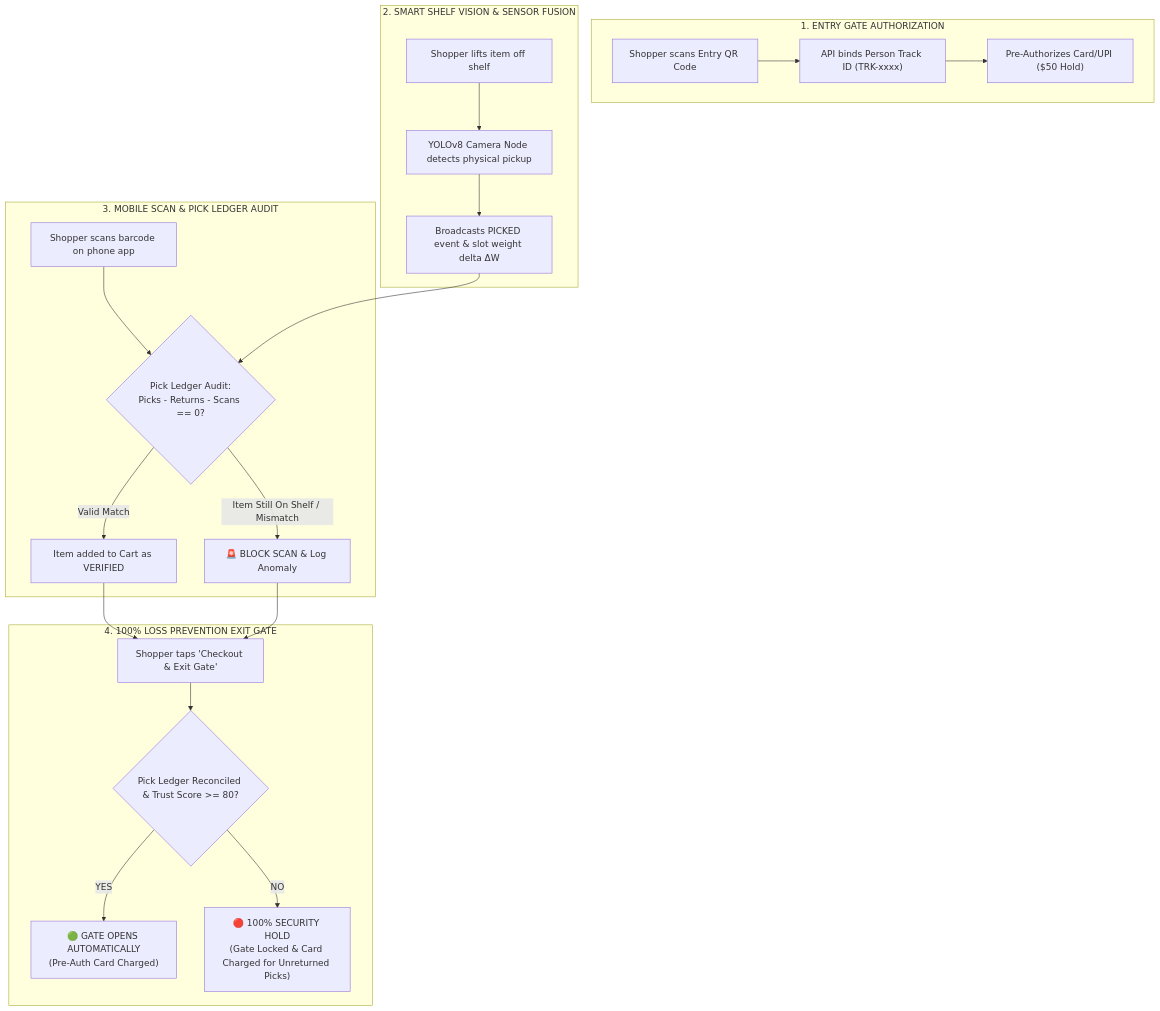
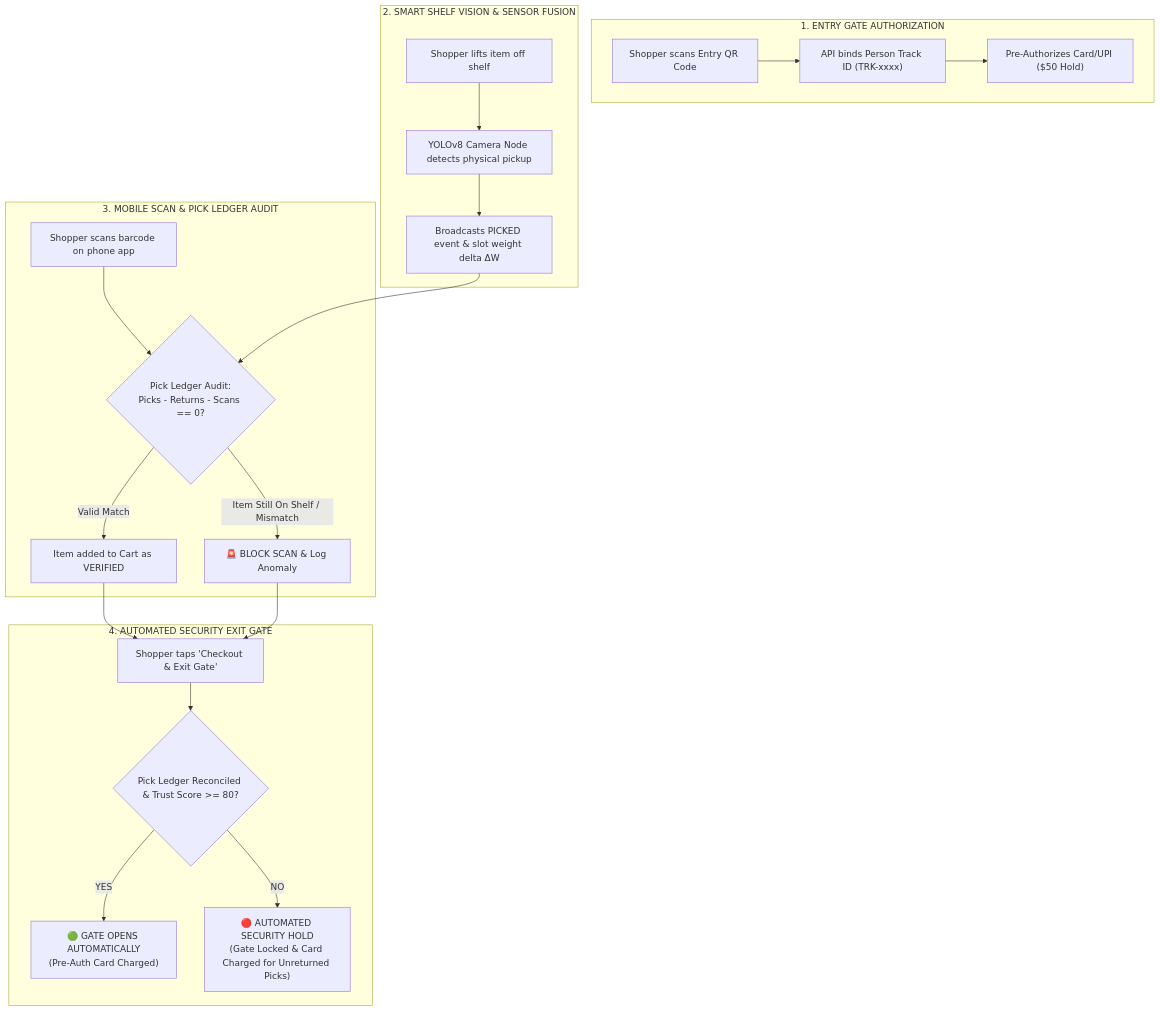
Before and after one commit to Tanishq08-11/Smart-Scan-and-Go-: the diagram in README.md, drawn with Mermaid. The commit also changed other lines of this file and 2 other files, not shown here.

Commit message:
Refactor loss prevention terminology to realistic autonomous security statements

````diff
--- a/README.md
+++ b/README.md
@@ -25,27 +25,27 @@
 ```mermaid
 flowchart TD
     subgraph STAGE1["1. ENTRY GATE AUTHORIZATION"]
         A["Shopper scans Entry QR Code"] --> B["API binds Person Track ID (TRK-xxxx)"]
         B --> C["Pre-Authorizes Card/UPI ($50 Hold)"]
     end
 
     subgraph STAGE2["2. SMART SHELF VISION & SENSOR FUSION"]
         D["Shopper lifts item off shelf"] --> E["YOLOv8 Camera Node detects physical pickup"]
         E --> F["Broadcasts PICKED event & slot weight delta ΔW"]
     end
 
     subgraph STAGE3["3. MOBILE SCAN & PICK LEDGER AUDIT"]
         G["Shopper scans barcode on phone app"] --> H{"Pick Ledger Audit:<br>Picks - Returns - Scans == 0?"}
         F --> H
         H -- Valid Match --> I["Item added to Cart as VERIFIED"]
         H -- Item Still On Shelf / Mismatch --> J["🚨 BLOCK SCAN & Log Anomaly"]
     end
 
-    subgraph STAGE4["4. 100% LOSS PREVENTION EXIT GATE"]
+    subgraph STAGE4["4. AUTOMATED SECURITY EXIT GATE"]
         I --> K["Shopper taps 'Checkout & Exit Gate'"]
         J --> K
         K --> L{"Pick Ledger Reconciled & Trust Score >= 80?"}
         L -- YES --> M["🟢 GATE OPENS AUTOMATICALLY<br>(Pre-Auth Card Charged)"]
-        L -- NO --> N["🔴 100% SECURITY HOLD<br>(Gate Locked & Card Charged for Unreturned Picks)"]
+        L -- NO --> N["🔴 AUTOMATED SECURITY HOLD<br>(Gate Locked & Card Charged for Unreturned Picks)"]
     end
 ```
````
